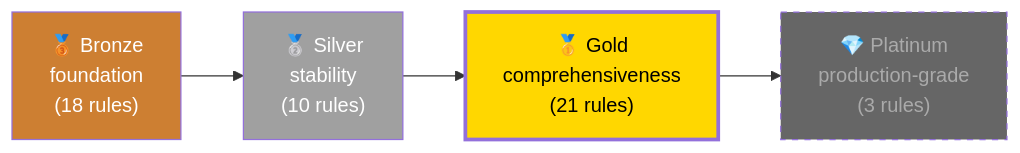
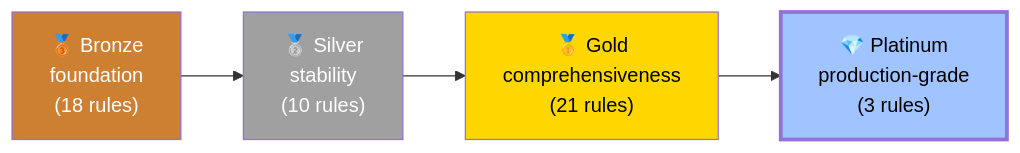
Before and after one commit to mosandlt/Bosch-Smart-Home-Camera-Tool-HomeAssistant: the third of 5 diagrams in README.md, drawn with Mermaid. The commit also changed other lines of this file and 42 other files, not shown here.

````diff
--- a/README.md
+++ b/README.md
@@ -336,11 +336,11 @@
 ```mermaid
 graph LR
     Bronze["🥉 Bronze<br/>foundation<br/>(18 rules)"] --> Silver["🥈 Silver<br/>stability<br/>(10 rules)"]
     Silver --> Gold["🥇 Gold<br/>comprehensiveness<br/>(21 rules)"]
     Gold --> Plat["💎 Platinum<br/>production-grade<br/>(3 rules)"]
 
     style Bronze fill:#cd7f32,color:#fff
     style Silver fill:#a0a0a0,color:#fff
-    style Gold fill:#ffd700,color:#000,stroke-width:3px
-    style Plat fill:#666,color:#aaa,stroke-dasharray:5
+    style Gold fill:#ffd700,color:#000
+    style Plat fill:#a0c4ff,color:#000,stroke-width:3px
 ```
````
